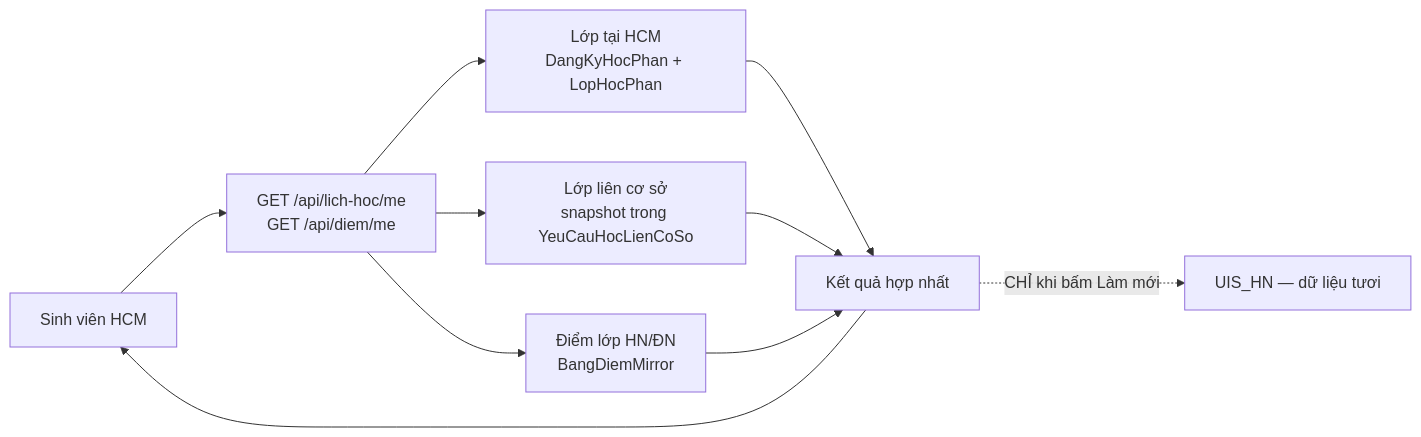
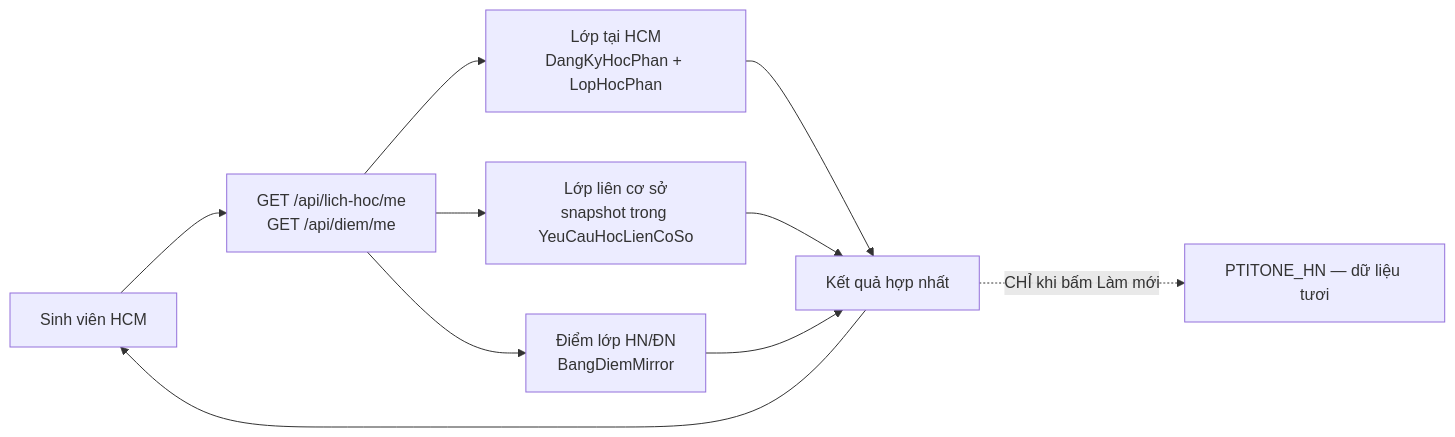
Before and after one commit to khangdzvl050623/PTIT-One: the eighth of 9 diagrams in README.md, drawn with Mermaid. The commit also changed other lines of this file and 8 other files, not shown here.

First line of the commit message:
feat(db): hạ tầng replication dùng lại được, chưa phụ thuộc schema

````diff
--- a/README.md
+++ b/README.md
@@ -284,12 +284,12 @@
 ```mermaid
 flowchart LR
     SV["Sinh viên HCM"] --> API["GET /api/lich-hoc/me<br/>GET /api/diem/me"]
     API --> L1["Lớp tại HCM<br/>DangKyHocPhan + LopHocPhan"]
     API --> L2["Lớp liên cơ sở<br/>snapshot trong YeuCauHocLienCoSo"]
     API --> L3["Điểm lớp HN/ĐN<br/>BangDiemMirror"]
     L1 --> R["Kết quả hợp nhất"]
     L2 --> R
     L3 --> R
     R --> SV
-    R -.->|"CHỈ khi bấm Làm mới"| HN["UIS_HN — dữ liệu tươi"]
+    R -.->|"CHỈ khi bấm Làm mới"| HN["PTITONE_HN — dữ liệu tươi"]
 ```
````
